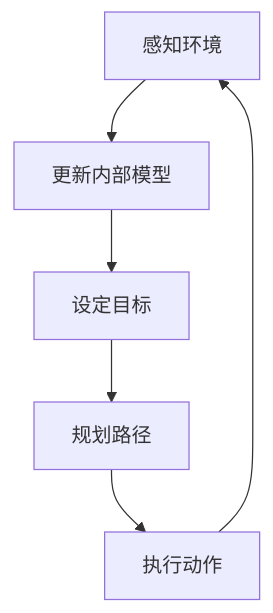
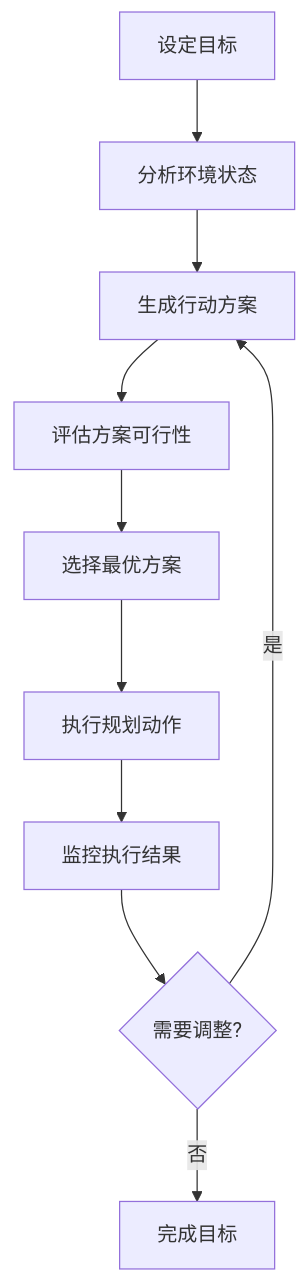
The third of 5 diagrams in docs/md/agent/agent五种设计模式.md (wychmod/wychmod.github.io), drawn with Mermaid before and after one commit. The commit also changed other lines of this file, not shown here.

````diff
--- a/docs/md/agent/agent五种设计模式.md
+++ b/docs/md/agent/agent五种设计模式.md
@@ -68,8 +77,12 @@
 ```mermaid
 flowchart TD
-    A[感知环境] --> B[更新内部模型]
-    B --> C[设定目标]
-    C --> D[规划路径]
-    D --> E[执行动作]
-    E --> A
+    A[设定目标] --> B[分析环境状态]
+    B --> C[生成行动方案]
+    C --> D[评估方案可行性]
+    D --> E[选择最优方案]
+    E --> F[执行规划动作]
+    F --> G[监控执行结果]
+    G --> H{需要调整?}
+    H -->|是| C
+    H -->|否| I[完成目标]
 ```
````
